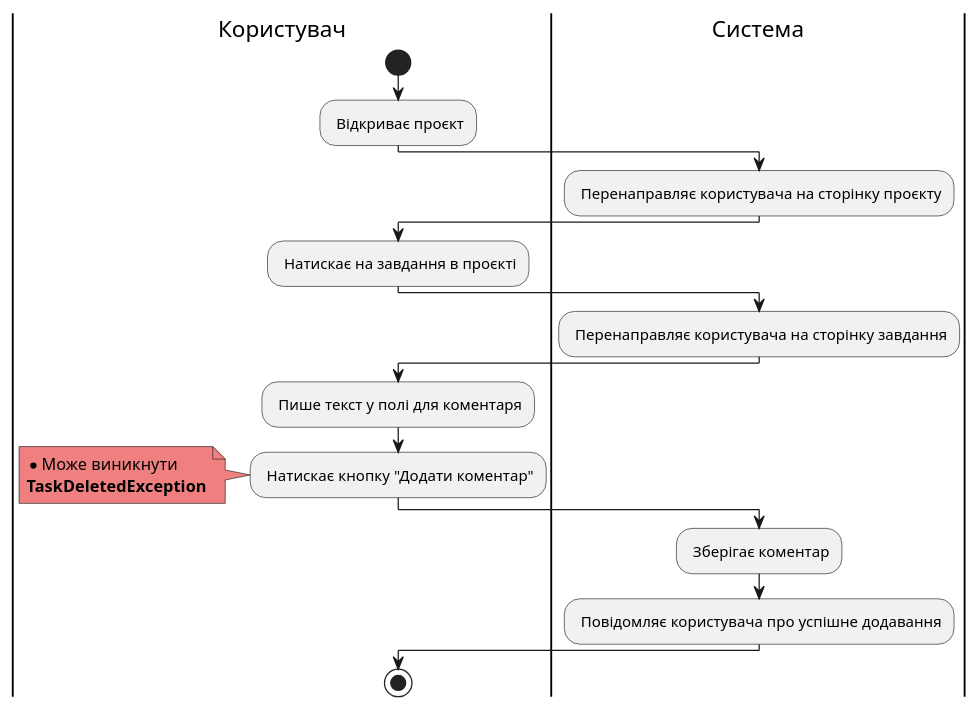
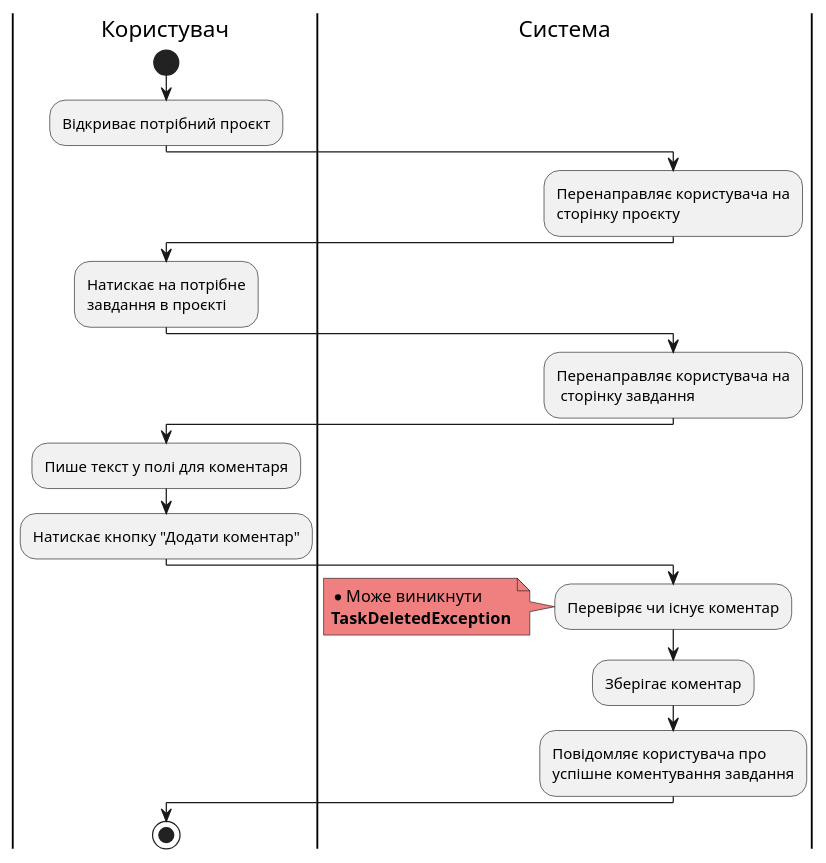
Before and after one commit to samoilenkomariia/db-coursework: diagram 14 of 19 in docs/use cases/README.md, drawn with PlantUML. The commit also changed other lines of this file, not shown here.

Commit message:
editet all activity diagrams README.md

```diff
--- a/docs/use cases/README.md
+++ b/docs/use cases/README.md
@@ -438,31 +601,31 @@
 @startuml
     
     |Користувач|
     start;
-    : Відкриває проєкт;
+    :Відкриває потрібний проєкт;
     
     |Система|
-    : Перенаправляє користувача на сторінку проєкту;
+    :Перенаправляє користувача на\nсторінку проєкту;
     
     |Користувач|
-    : Натискає на завдання в проєкті;
+    :Натискає на потрібне\nзавдання в проєкті;
 
     |Система|
-    : Перенаправляє користувача на сторінку завдання;
+    :Перенаправляє користувача на\n сторінку завдання;
     
     |Користувач|
-    : Пише текст у полі для коментаря;
-    : Натискає кнопку "Додати коментар";
-    
-    note left #lightcoral
+    :Пише текст у полі для коментаря;
+    :Натискає кнопку "Додати коментар";
+
+    |Система|
+    :Перевіряє чи існує коментар;
+     note left #lightcoral
         * Може виникнути
         <b>TaskDeletedException</b>
     end note
-
-    |Система|
-    : Зберігає коментар;
-    : Повідомляє користувача про успішне додавання;
+    :Зберігає коментар;
+    :Повідомляє користувача про\nуспішне коментування завдання;
 
     |Користувач|
         stop;
 @enduml
```
